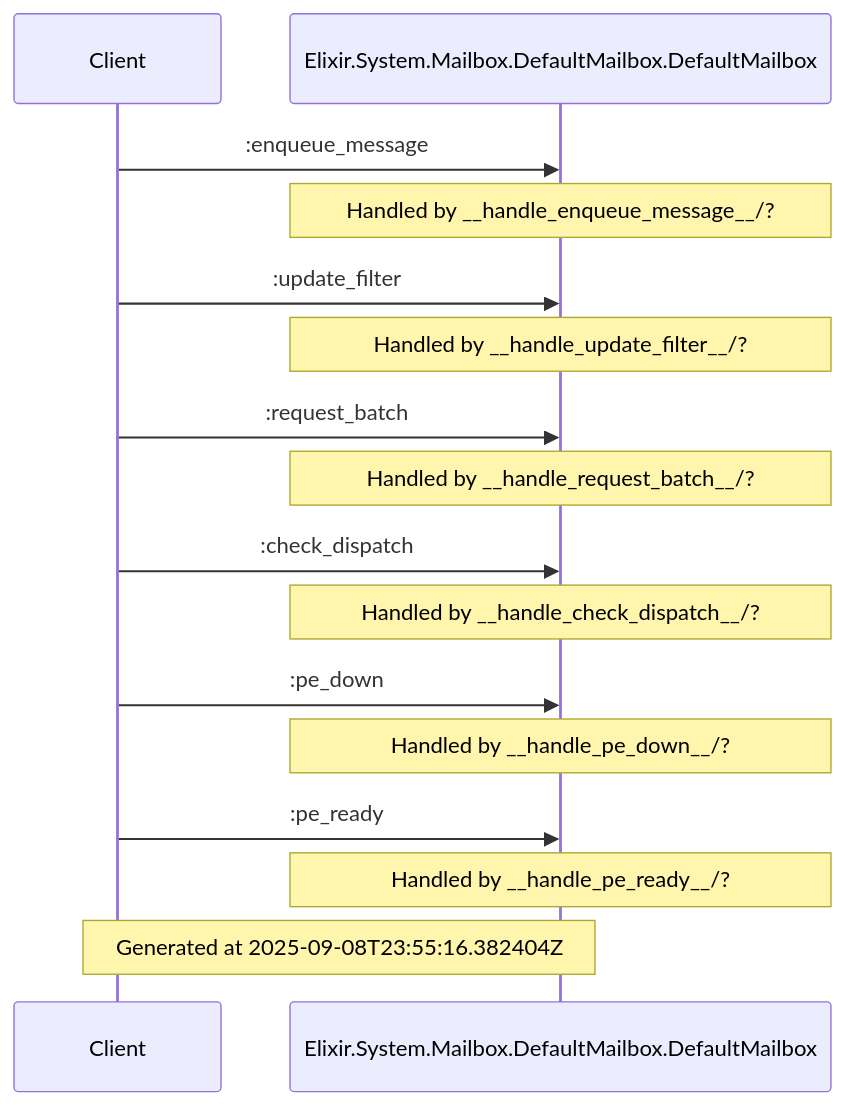
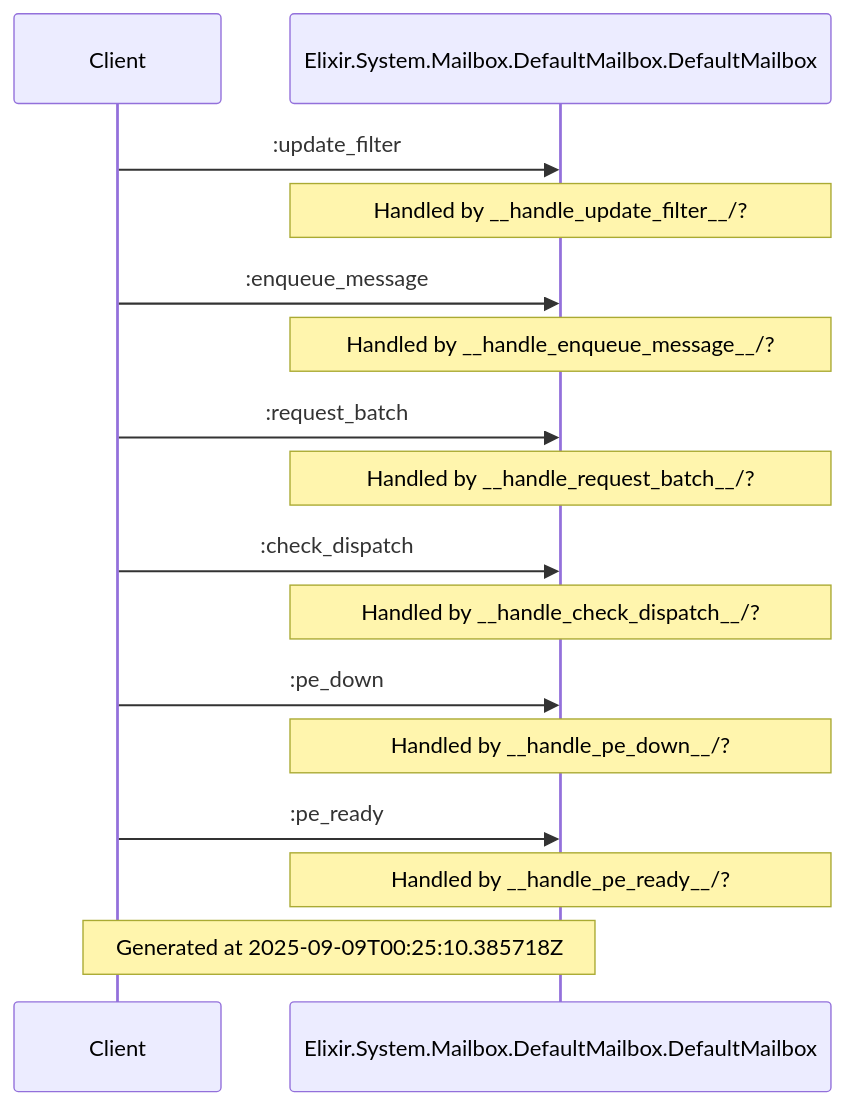
Before and after one commit to anoma/engine: the diagram in docs/diagrams/Elixir.System.Mailbox.DefaultMailbox.DefaultMailbox.md, drawn with Mermaid. The commit also changed other lines of this file and 27 other files, not shown here.

````diff
--- a/docs/diagrams/Elixir.System.Mailbox.DefaultMailbox.DefaultMailbox.md
+++ b/docs/diagrams/Elixir.System.Mailbox.DefaultMailbox.DefaultMailbox.md
@@ -5,20 +5,20 @@
 ```mermaid
 sequenceDiagram
     participant Client
     participant Elixir.EngineSystem.Mailbox.DefaultMailboxEngine.DefaultMailbox as Elixir.System.Mailbox.DefaultMailbox.DefaultMailbox
+    Client->>Elixir.EngineSystem.Mailbox.DefaultMailboxEngine.DefaultMailbox: :update_filter
+    Note over Elixir.EngineSystem.Mailbox.DefaultMailboxEngine.DefaultMailbox: Handled by __handle_update_filter__/?
     Client->>Elixir.EngineSystem.Mailbox.DefaultMailboxEngine.DefaultMailbox: :enqueue_message
     Note over Elixir.EngineSystem.Mailbox.DefaultMailboxEngine.DefaultMailbox: Handled by __handle_enqueue_message__/?
-    Client->>Elixir.EngineSystem.Mailbox.DefaultMailboxEngine.DefaultMailbox: :update_filter
-    Note over Elixir.EngineSystem.Mailbox.DefaultMailboxEngine.DefaultMailbox: Handled by __handle_update_filter__/?
     Client->>Elixir.EngineSystem.Mailbox.DefaultMailboxEngine.DefaultMailbox: :request_batch
     Note over Elixir.EngineSystem.Mailbox.DefaultMailboxEngine.DefaultMailbox: Handled by __handle_request_batch__/?
     Client->>Elixir.EngineSystem.Mailbox.DefaultMailboxEngine.DefaultMailbox: :check_dispatch
     Note over Elixir.EngineSystem.Mailbox.DefaultMailboxEngine.DefaultMailbox: Handled by __handle_check_dispatch__/?
     Client->>Elixir.EngineSystem.Mailbox.DefaultMailboxEngine.DefaultMailbox: :pe_down
     Note over Elixir.EngineSystem.Mailbox.DefaultMailboxEngine.DefaultMailbox: Handled by __handle_pe_down__/?
     Client->>Elixir.EngineSystem.Mailbox.DefaultMailboxEngine.DefaultMailbox: :pe_ready
     Note over Elixir.EngineSystem.Mailbox.DefaultMailboxEngine.DefaultMailbox: Handled by __handle_pe_ready__/?
 
-Note over Client, Elixir.EngineSystem.Mailbox.DefaultMailboxEngine.DefaultMailbox: Generated at 2025-09-08T23:55:16.382404Z
+Note over Client, Elixir.EngineSystem.Mailbox.DefaultMailboxEngine.DefaultMailbox: Generated at 2025-09-09T00:25:10.385718Z
 
 ```
````
